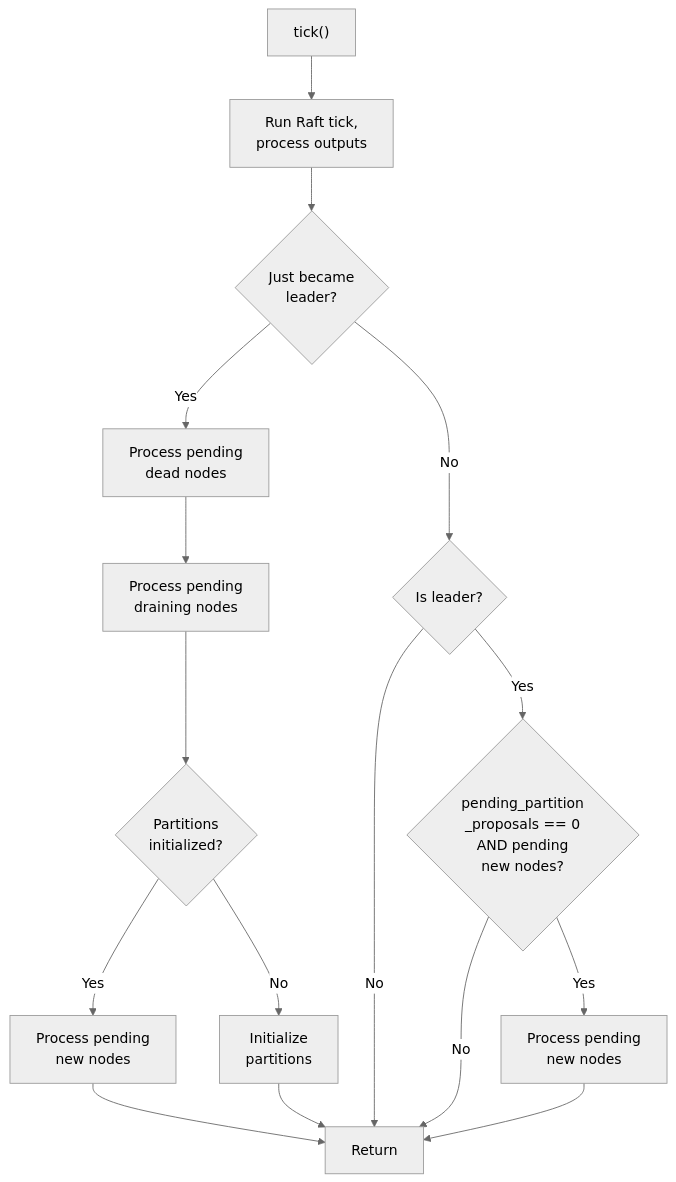
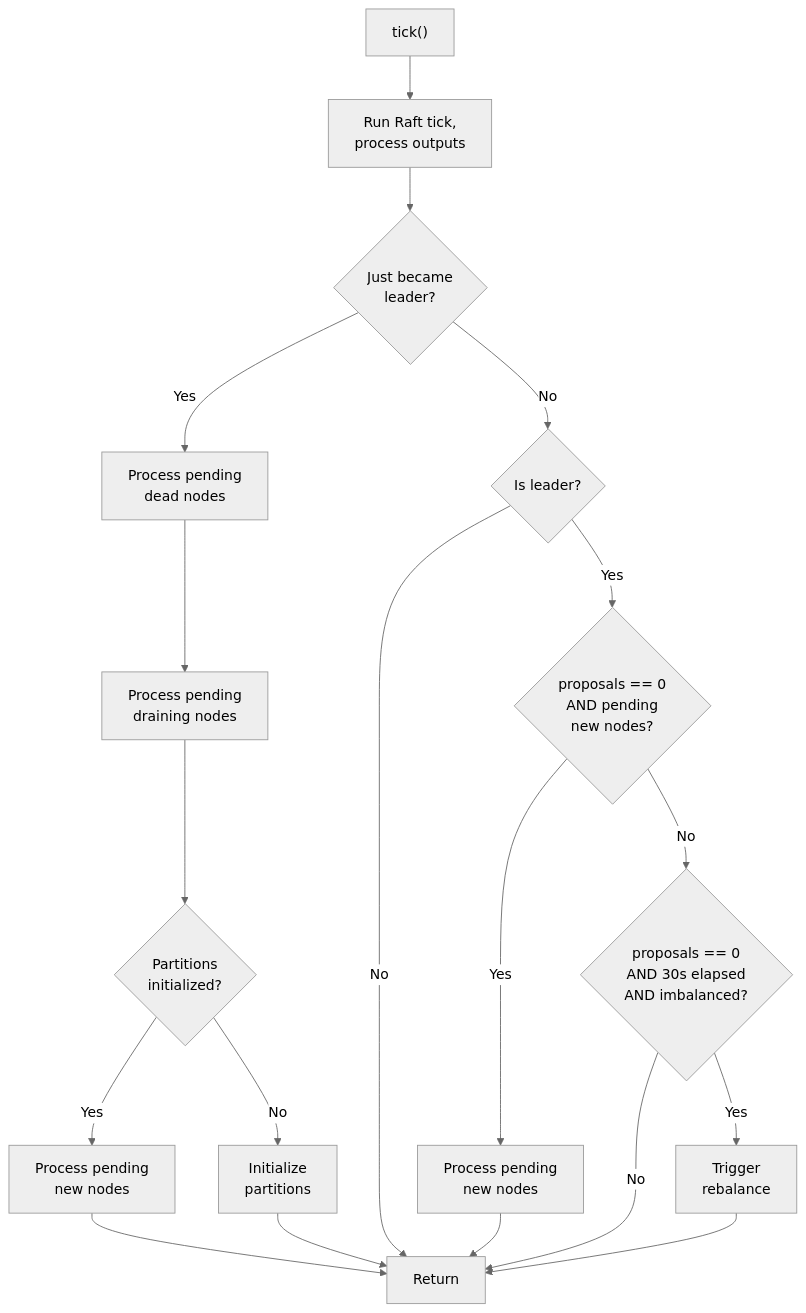
The first of 2 diagrams in book/chapters/ch11-rebalancing.md (LabOverWire/MQDB), drawn with Mermaid (neutral theme) before and after one commit. The commit also changed other lines of this file and 61 other files, not shown here.

````diff
--- a/book/chapters/ch11-rebalancing.md
+++ b/book/chapters/ch11-rebalancing.md
@@ -107,18 +115,21 @@
 ```mermaid
 flowchart TD
     TICK["tick()"] --> RAFT["Run Raft tick,<br/>process outputs"]
     RAFT --> JBL{"Just became<br/>leader?"}
     JBL -->|Yes| DEAD["Process pending<br/>dead nodes"]
     DEAD --> DRAIN["Process pending<br/>draining nodes"]
     DRAIN --> INIT{"Partitions<br/>initialized?"}
     INIT -->|Yes| NEWJBL["Process pending<br/>new nodes"]
     INIT -->|No| BOOTSTRAP["Initialize<br/>partitions"]
     NEWJBL --> RET[Return]
     BOOTSTRAP --> RET
     JBL -->|No| LEADER{"Is leader?"}
     LEADER -->|No| RET
-    LEADER -->|Yes| PEND{"pending_partition<br/>_proposals == 0<br/>AND pending<br/>new nodes?"}
+    LEADER -->|Yes| PEND{"proposals == 0<br/>AND pending<br/>new nodes?"}
     PEND -->|Yes| NEW["Process pending<br/>new nodes"]
-    PEND -->|No| RET
+    PEND -->|No| BAL{"proposals == 0<br/>AND 30s elapsed<br/>AND imbalanced?"}
     NEW --> RET
+    BAL -->|Yes| REBAL["Trigger<br/>rebalance"]
+    BAL -->|No| RET
+    REBAL --> RET
 ```
````
